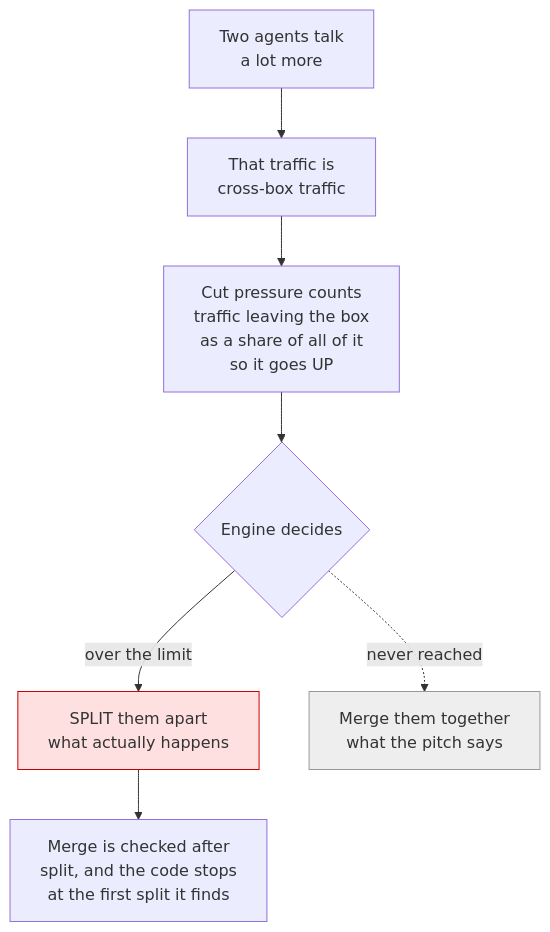
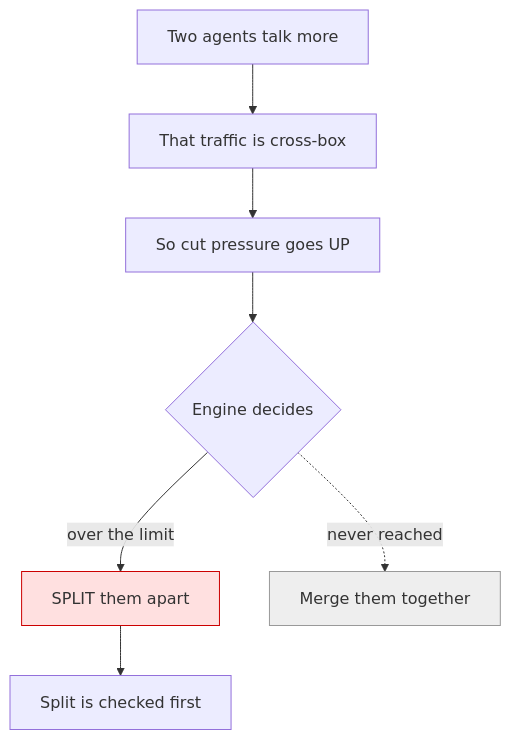
One commit to mondweep/vibe-cast changed the fifth of 9 diagrams in README.md. Above: the diagram before and after it, drawn with Mermaid. The commit also changed other lines of this file, not shown here.

````diff
--- a/README.md
+++ b/README.md
@@ -251,13 +272,13 @@
 ```mermaid
 flowchart TB
-    START["Two agents talk<br/>a lot more"]
-    P["That traffic is<br/>cross-box traffic"]
-    PRESSURE["Cut pressure counts<br/>traffic leaving the box<br/>as a share of all of it<br/>so it goes UP"]
+    START["Two agents talk more"]
+    P["That traffic is cross-box"]
+    PRESSURE["So cut pressure goes UP"]
     START --> P --> PRESSURE
     PRESSURE --> DEC{"Engine decides"}
-    DEC -->|"over the limit"| SPLIT["SPLIT them apart<br/>what actually happens"]
-    DEC -.->|"never reached"| MERGE["Merge them together<br/>what the pitch says"]
-    SPLIT --> WHY["Merge is checked after<br/>split, and the code stops<br/>at the first split it finds"]
+    DEC -->|"over the limit"| SPLIT["SPLIT them apart"]
+    DEC -.->|"never reached"| MERGE["Merge them together"]
+    SPLIT --> WHY["Split is checked first"]
     style SPLIT fill:#ffe0e0,stroke:#c00
     style MERGE fill:#eeeeee,stroke:#999
 ```
````
